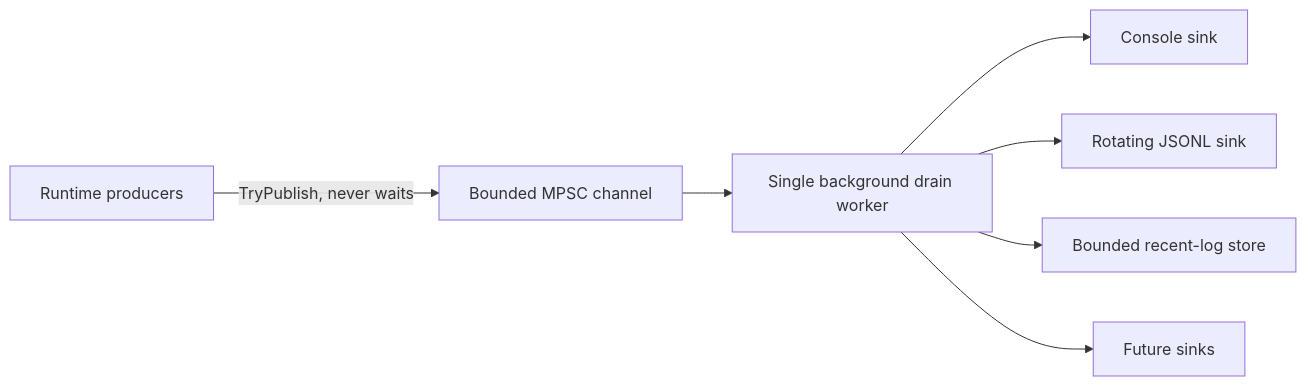
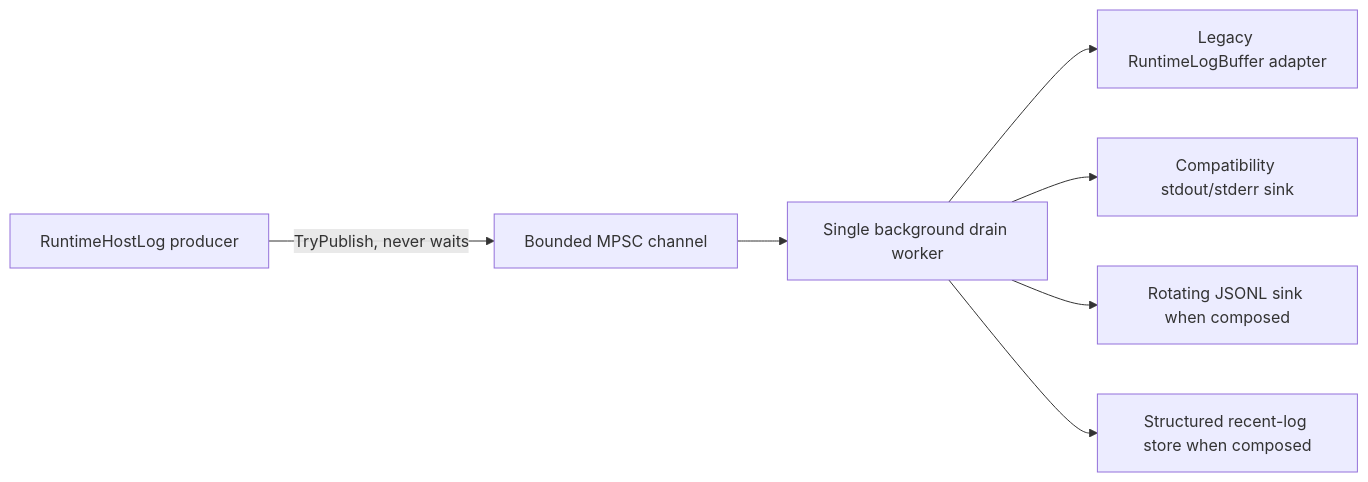
The diagram in docs/en/observability-logging.md (VegaKernel/TerraRuntime), drawn with Mermaid before and after one commit. The commit also changed other lines of this file and 5 other files, not shown here.

First line of the commit message:
Observability: route RuntimeHostLog through bounded pipeline

````diff
--- a/docs/en/observability-logging.md
+++ b/docs/en/observability-logging.md
@@ -7,9 +9,9 @@
 ```mermaid
 graph LR
-    P[Runtime producers] -->|TryPublish, never waits| Q[Bounded MPSC channel]
+    P[RuntimeHostLog producer] -->|TryPublish, never waits| Q[Bounded MPSC channel]
     Q --> W[Single background drain worker]
-    W --> C[Console sink]
-    W --> J[Rotating JSONL sink]
-    W --> R[Bounded recent-log store]
-    W --> H[Future sinks]
+    W --> O[Legacy RuntimeLogBuffer adapter]
+    W --> C[Compatibility stdout/stderr sink]
+    W --> J[Rotating JSONL sink when composed]
+    W --> R[Structured recent-log store when composed]
 ```
````
